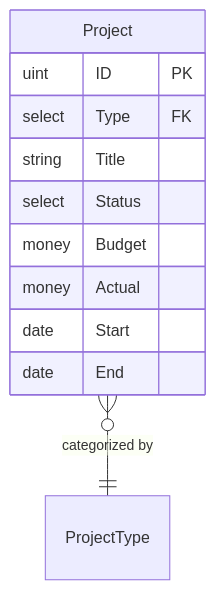
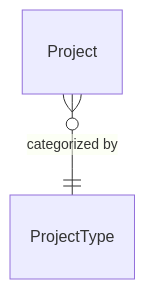
One commit to cpcloud/micasa changed the first of 5 diagrams in docs/content/getting-started/concepts.md. Above: the diagram before and after it, drawn with Mermaid. The commit also changed other lines of this file, not shown here.

Commit message:
docs: strip field schemas from per-entity diagrams, keep relationships only

````diff
--- a/docs/content/getting-started/concepts.md
+++ b/docs/content/getting-started/concepts.md
@@ -59,14 +29,4 @@
 ```mermaid
 erDiagram
-    Project {
-        uint ID PK
-        select Type FK
-        string Title
-        select Status
-        money Budget
-        money Actual
-        date Start
-        date End
-    }
     Project }o--|| ProjectType : "categorized by"
 ```
````
